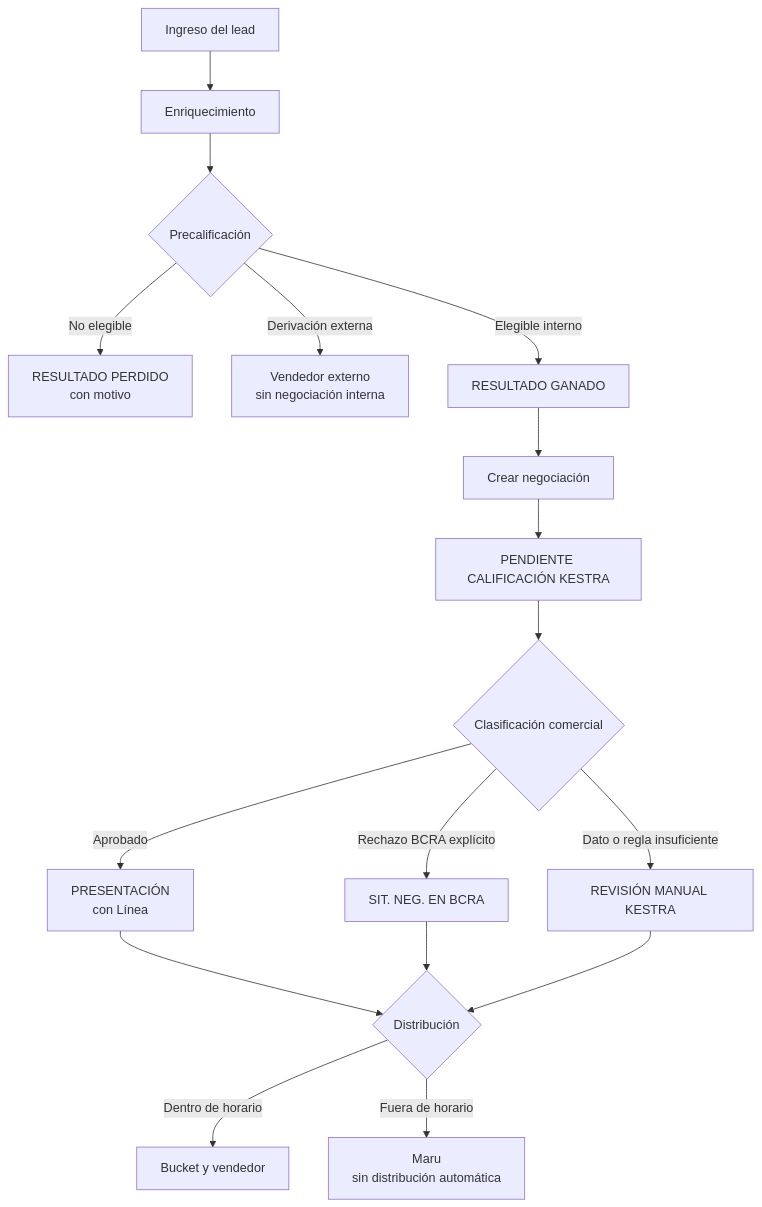
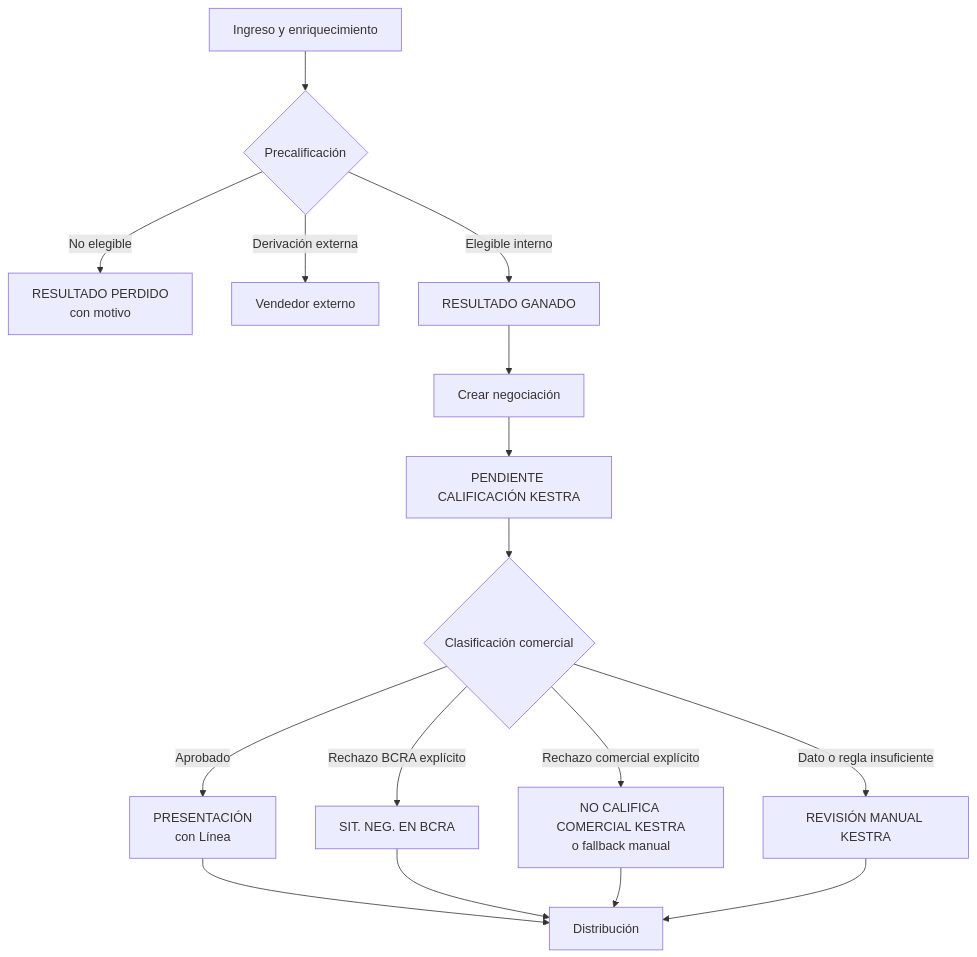
The first of 3 diagrams in kestra/automations/marketing-crm/docs/commercial-rules/PROCESS_OVERVIEW.md (Red-Unisol/redunisol-platform), drawn with Mermaid before and after one commit. The commit also changed other lines of this file and 7 other files, not shown here.

````diff
--- a/kestra/automations/marketing-crm/docs/commercial-rules/PROCESS_OVERVIEW.md
+++ b/kestra/automations/marketing-crm/docs/commercial-rules/PROCESS_OVERVIEW.md
@@ -15,19 +10,18 @@
 ```mermaid
 flowchart TD
-    A[Ingreso del lead] --> B[Enriquecimiento]
-    B --> C{Precalificación}
-    C -->|No elegible| D[RESULTADO PERDIDO<br/>con motivo]
-    C -->|Derivación externa| E[Vendedor externo<br/>sin negociación interna]
-    C -->|Elegible interno| F[RESULTADO GANADO]
-    F --> G[Crear negociación]
-    G --> H[PENDIENTE CALIFICACIÓN KESTRA]
-    H --> I{Clasificación comercial}
-    I -->|Aprobado| J[PRESENTACIÓN<br/>con Línea]
-    I -->|Rechazo BCRA explícito| K[SIT. NEG. EN BCRA]
-    I -->|Dato o regla insuficiente| L[REVISIÓN MANUAL KESTRA]
-    J --> M{Distribución}
+    A[Ingreso y enriquecimiento] --> B{Precalificación}
+    B -->|No elegible| C[RESULTADO PERDIDO<br/>con motivo]
+    B -->|Derivación externa| D[Vendedor externo]
+    B -->|Elegible interno| E[RESULTADO GANADO]
+    E --> F[Crear negociación]
+    F --> G[PENDIENTE CALIFICACIÓN KESTRA]
+    G --> H{Clasificación comercial}
+    H -->|Aprobado| I[PRESENTACIÓN<br/>con Línea]
+    H -->|Rechazo BCRA explícito| J[SIT. NEG. EN BCRA]
+    H -->|Rechazo comercial explícito| K[NO CALIFICA COMERCIAL KESTRA<br/>o fallback manual]
+    H -->|Dato o regla insuficiente| L[REVISIÓN MANUAL KESTRA]
+    I --> M[Distribución]
+    J --> M
     K --> M
     L --> M
-    M -->|Dentro de horario| N[Bucket y vendedor]
-    M -->|Fuera de horario| O[Maru<br/>sin distribución automática]
 ```
````
